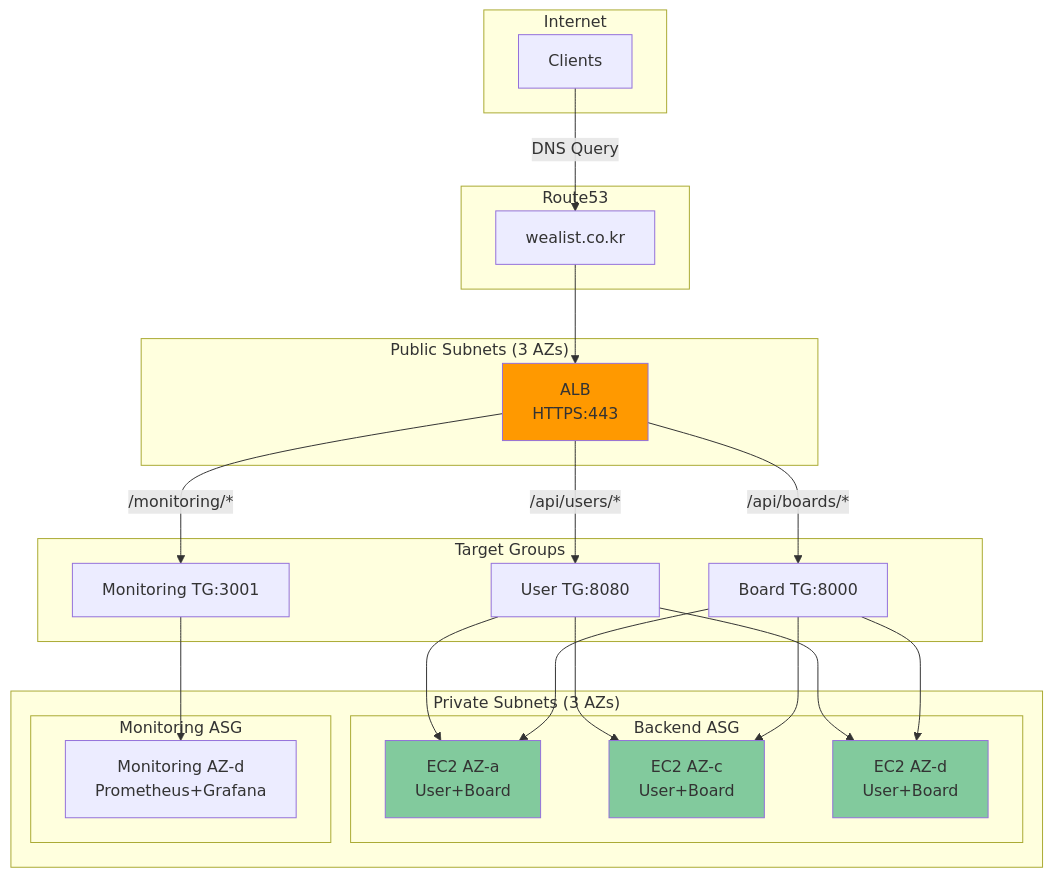
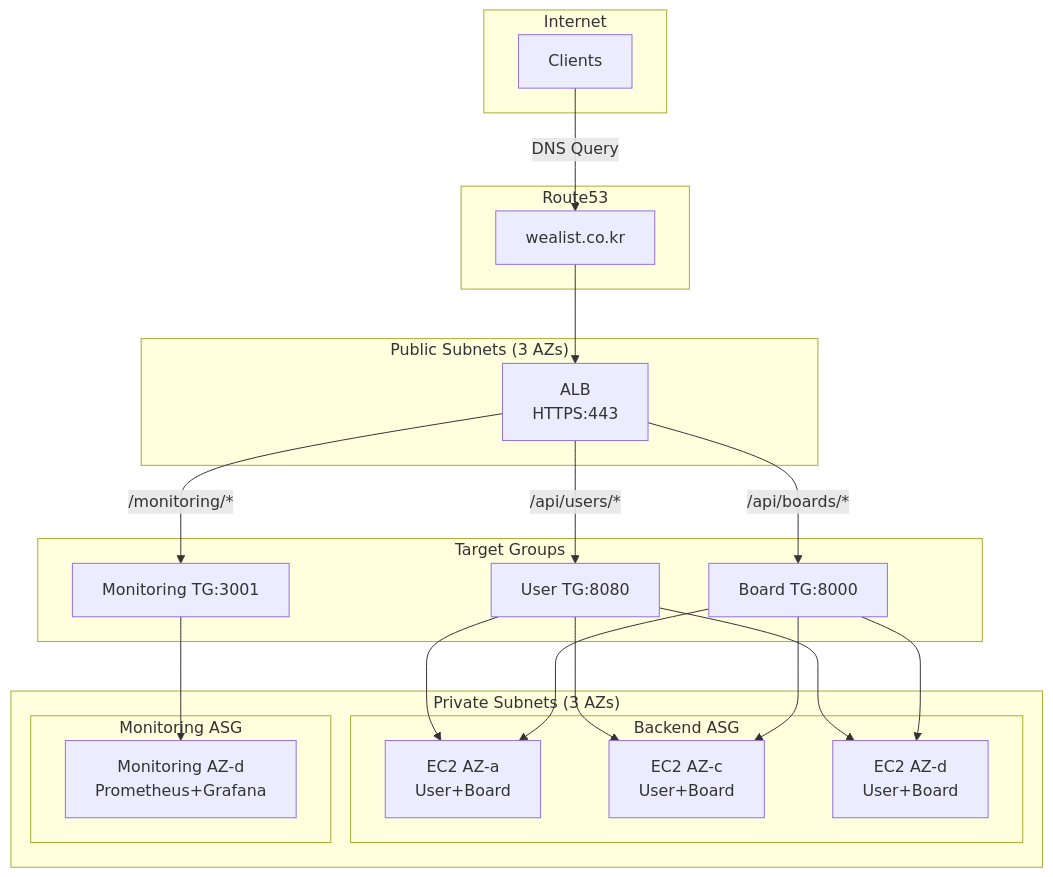
Before and after one commit to OrangesCloud/wealist-terraform-prod: the fourth of 9 diagrams in ARCHITECTURE.md, drawn with Mermaid. The commit also changed other lines of this file, not shown here.

````diff
--- a/ARCHITECTURE.md
+++ b/ARCHITECTURE.md
@@ -269,50 +240,45 @@
 ```mermaid
 graph TB
     subgraph "Internet"
         CLIENT[Clients]
     end
 
     subgraph "Route53"
         DNS[wealist.co.kr]
     end
 
     subgraph "Public Subnets (3 AZs)"
         ALB[ALB<br/>HTTPS:443]
     end
 
     subgraph "Target Groups"
         TG_USER[User TG:8080]
         TG_BOARD[Board TG:8000]
         TG_MON[Monitoring TG:3001]
     end
 
     subgraph "Private Subnets (3 AZs)"
         subgraph "Backend ASG"
             EC2_A[EC2 AZ-a<br/>User+Board]
             EC2_C[EC2 AZ-c<br/>User+Board]
             EC2_D[EC2 AZ-d<br/>User+Board]
         end
 
         subgraph "Monitoring ASG"
             MON[Monitoring AZ-d<br/>Prometheus+Grafana]
         end
     end
 
     CLIENT -->|DNS Query| DNS
     DNS --> ALB
     ALB -->|/api/users/*| TG_USER
     ALB -->|/api/boards/*| TG_BOARD
     ALB -->|/monitoring/*| TG_MON
     TG_USER --> EC2_A
     TG_USER --> EC2_C
     TG_USER --> EC2_D
     TG_BOARD --> EC2_A
     TG_BOARD --> EC2_C
     TG_BOARD --> EC2_D
     TG_MON --> MON
-
-    style ALB fill:#f90
-    style EC2_A fill:#82ca9d
-    style EC2_C fill:#82ca9d
-    style EC2_D fill:#82ca9d
 ```
````
